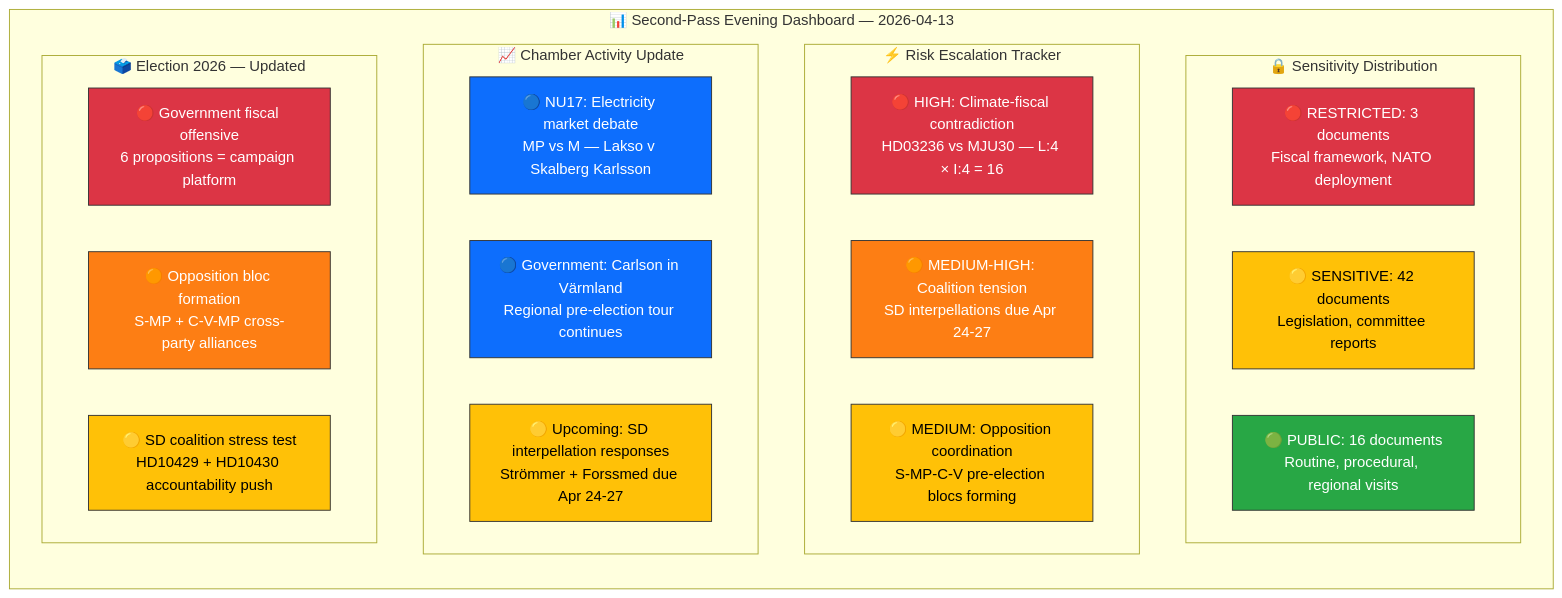
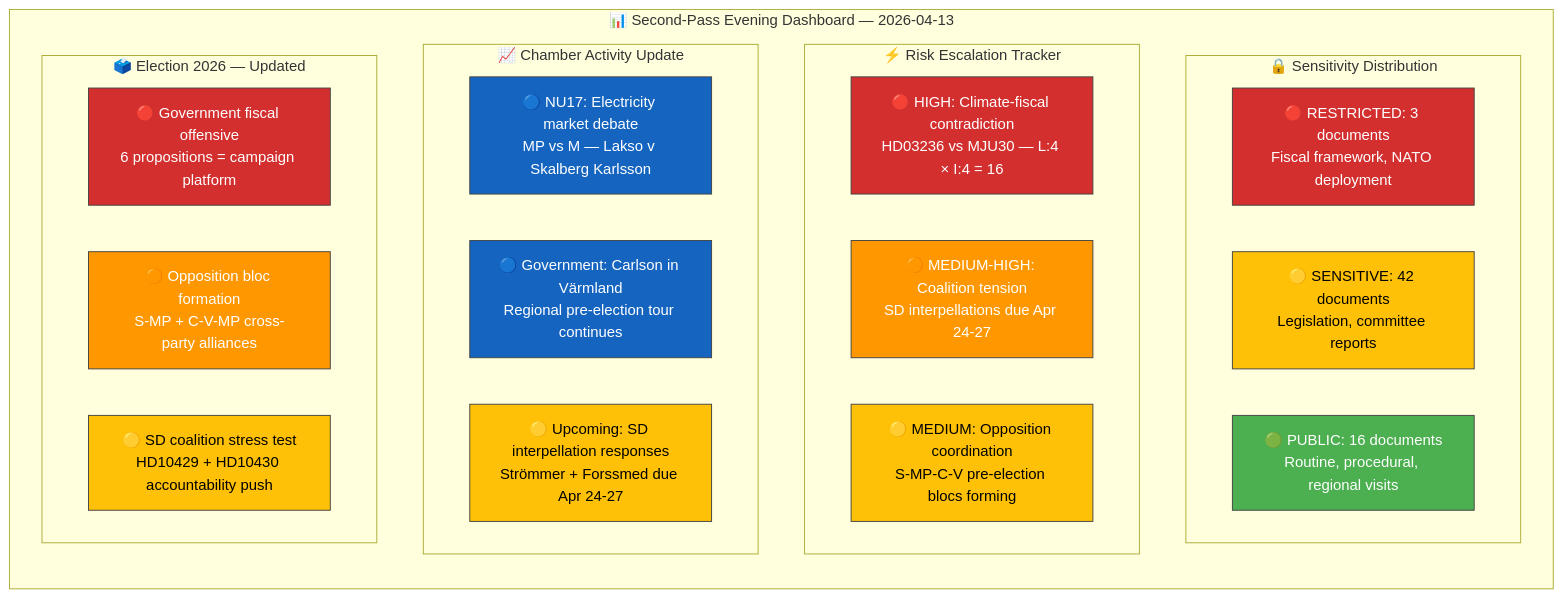
One commit to Hack23/riksdagsmonitor changed the diagram in analysis/daily/2026-04-13/evening-analysis-2/synthesis-summary.md. Above: the diagram before and after it, drawn with Mermaid. The commit also changed 785 other files, not shown here.

First line of the commit message:
Normalize mermaid colors across 786 analysis artifacts to ISMS Style Guide palette

````diff
--- a/analysis/daily/2026-04-13/evening-analysis-2/synthesis-summary.md
+++ b/analysis/daily/2026-04-13/evening-analysis-2/synthesis-summary.md
@@ -23,38 +23,38 @@
 ```mermaid
 graph TD
     subgraph "📊 Second-Pass Evening Dashboard — 2026-04-13"
         direction TB
         subgraph "🔒 Sensitivity Distribution"
             S1["🔴 RESTRICTED: 3 documents<br/>Fiscal framework, NATO deployment"]
             S2["🟡 SENSITIVE: 42 documents<br/>Legislation, committee reports"]
             S3["🟢 PUBLIC: 16 documents<br/>Routine, procedural, regional visits"]
         end
         subgraph "⚡ Risk Escalation Tracker"
             R1["🔴 HIGH: Climate-fiscal contradiction<br/>HD03236 vs MJU30 — L:4 × I:4 = 16"]
             R2["🟠 MEDIUM-HIGH: Coalition tension<br/>SD interpellations due Apr 24-27"]
             R3["🟡 MEDIUM: Opposition coordination<br/>S-MP-C-V pre-election blocs forming"]
         end
         subgraph "📈 Chamber Activity Update"
             CA1["🔵 NU17: Electricity market debate<br/>MP vs M — Lakso v Skalberg Karlsson"]
             CA2["🔵 Government: Carlson in Värmland<br/>Regional pre-election tour continues"]
             CA3["🟡 Upcoming: SD interpellation responses<br/>Strömmer + Forssmed due Apr 24-27"]
         end
         subgraph "🗳️ Election 2026 — Updated"
             E1["🔴 Government fiscal offensive<br/>6 propositions = campaign platform"]
             E2["🟠 Opposition bloc formation<br/>S-MP + C-V-MP cross-party alliances"]
             E3["🟡 SD coalition stress test<br/>HD10429 + HD10430 accountability push"]
         end
     end
-    style S1 fill:#dc3545,stroke:#333,color:#fff
-    style S2 fill:#ffc107,stroke:#333,color:#000
-    style S3 fill:#28a745,stroke:#333,color:#fff
-    style R1 fill:#dc3545,stroke:#333,color:#fff
-    style R2 fill:#fd7e14,stroke:#333,color:#fff
-    style R3 fill:#ffc107,stroke:#333,color:#000
-    style CA1 fill:#0d6efd,stroke:#333,color:#fff
-    style CA2 fill:#0d6efd,stroke:#333,color:#fff
-    style CA3 fill:#ffc107,stroke:#333,color:#000
-    style E1 fill:#dc3545,stroke:#333,color:#fff
-    style E2 fill:#fd7e14,stroke:#333,color:#fff
-    style E3 fill:#ffc107,stroke:#333,color:#000
+    style S1 fill:#D32F2F,stroke:#424242,color:#FFFFFF
+    style S2 fill:#FFC107,stroke:#424242,color:#000000
+    style S3 fill:#4CAF50,stroke:#424242,color:#FFFFFF
+    style R1 fill:#D32F2F,stroke:#424242,color:#FFFFFF
+    style R2 fill:#FF9800,stroke:#424242,color:#FFFFFF
+    style R3 fill:#FFC107,stroke:#424242,color:#000000
+    style CA1 fill:#1565C0,stroke:#424242,color:#FFFFFF
+    style CA2 fill:#1565C0,stroke:#424242,color:#FFFFFF
+    style CA3 fill:#FFC107,stroke:#424242,color:#000000
+    style E1 fill:#D32F2F,stroke:#424242,color:#FFFFFF
+    style E2 fill:#FF9800,stroke:#424242,color:#FFFFFF
+    style E3 fill:#FFC107,stroke:#424242,color:#000000
 ```
````
